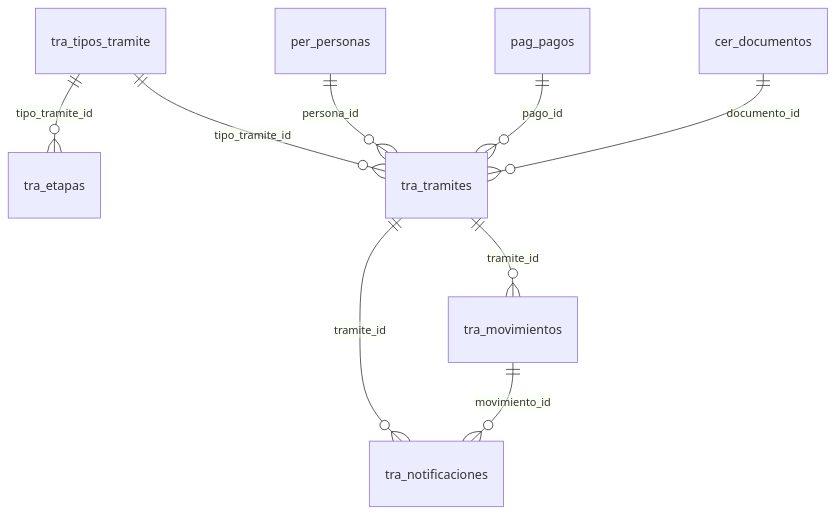
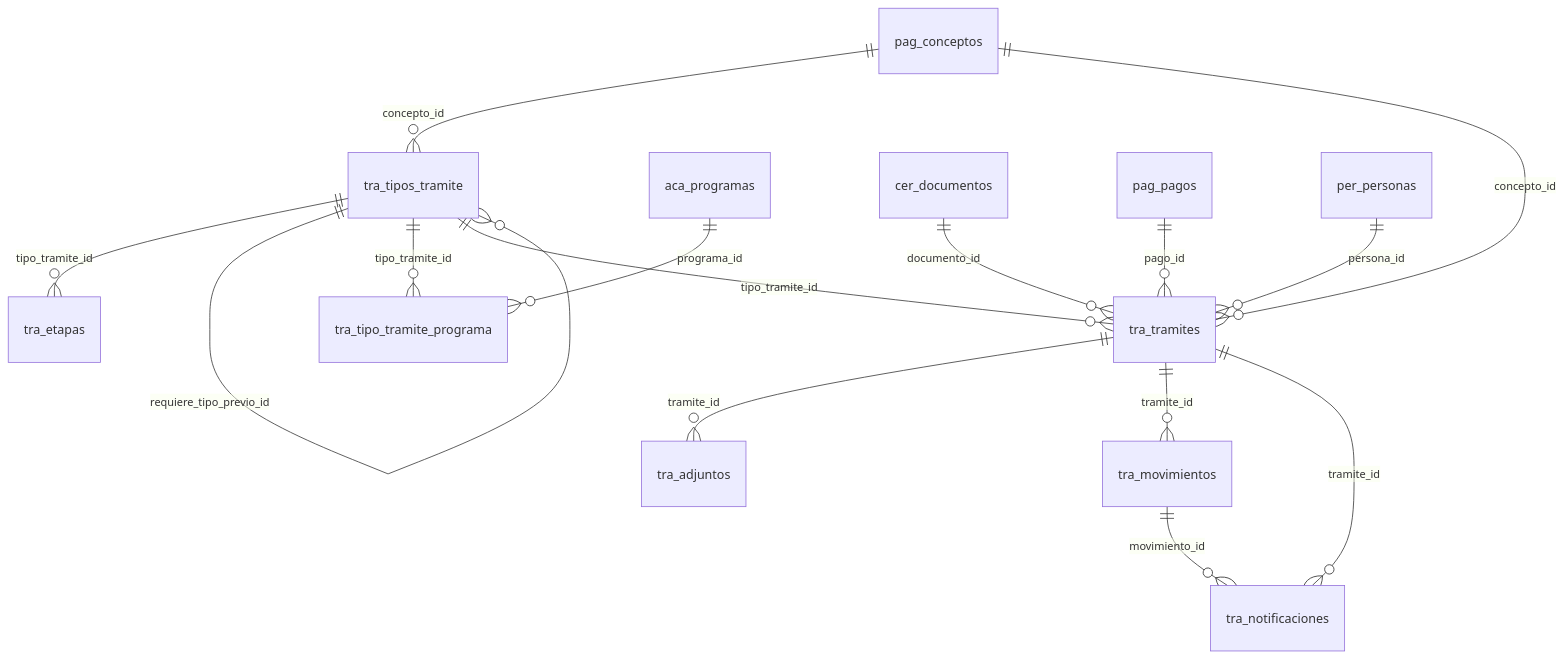
Before and after one commit to YomelBarretoFlores/cid-system: the sixth of 7 diagrams in docs/manuales/diccionario-de-datos.md, drawn with Mermaid. The commit also changed other lines of this file and 6 other files, not shown here.

````diff
--- a/docs/manuales/diccionario-de-datos.md
+++ b/docs/manuales/diccionario-de-datos.md
@@ -1520,11 +1683,17 @@
 ```mermaid
 erDiagram
+    tra_tramites ||--o{ tra_adjuntos : "tramite_id"
     tra_tipos_tramite ||--o{ tra_etapas : "tipo_tramite_id"
     tra_tramites ||--o{ tra_movimientos : "tramite_id"
     tra_movimientos ||--o{ tra_notificaciones : "movimiento_id"
     tra_tramites ||--o{ tra_notificaciones : "tramite_id"
+    pag_conceptos ||--o{ tra_tipos_tramite : "concepto_id"
+    tra_tipos_tramite ||--o{ tra_tipos_tramite : "requiere_tipo_previo_id"
+    aca_programas ||--o{ tra_tipo_tramite_programa : "programa_id"
+    tra_tipos_tramite ||--o{ tra_tipo_tramite_programa : "tipo_tramite_id"
+    pag_conceptos ||--o{ tra_tramites : "concepto_id"
     cer_documentos ||--o{ tra_tramites : "documento_id"
     pag_pagos ||--o{ tra_tramites : "pago_id"
     per_personas ||--o{ tra_tramites : "persona_id"
     tra_tipos_tramite ||--o{ tra_tramites : "tipo_tramite_id"
 ```
````
